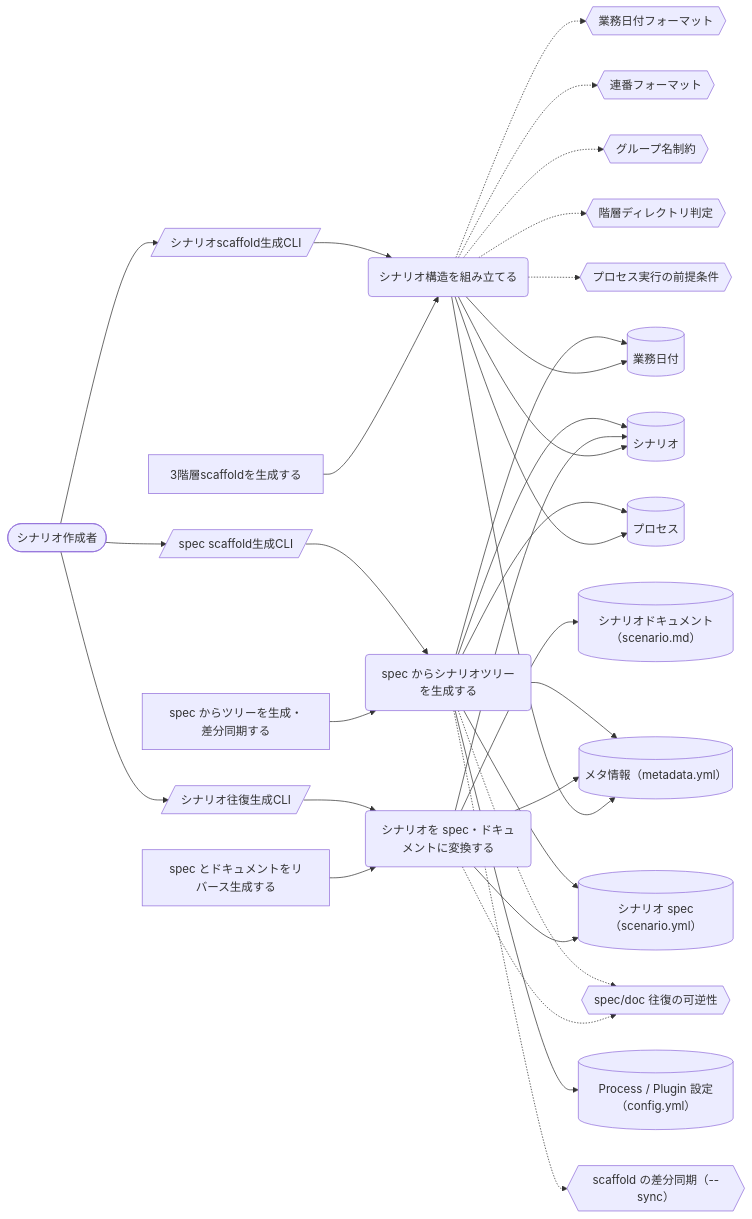
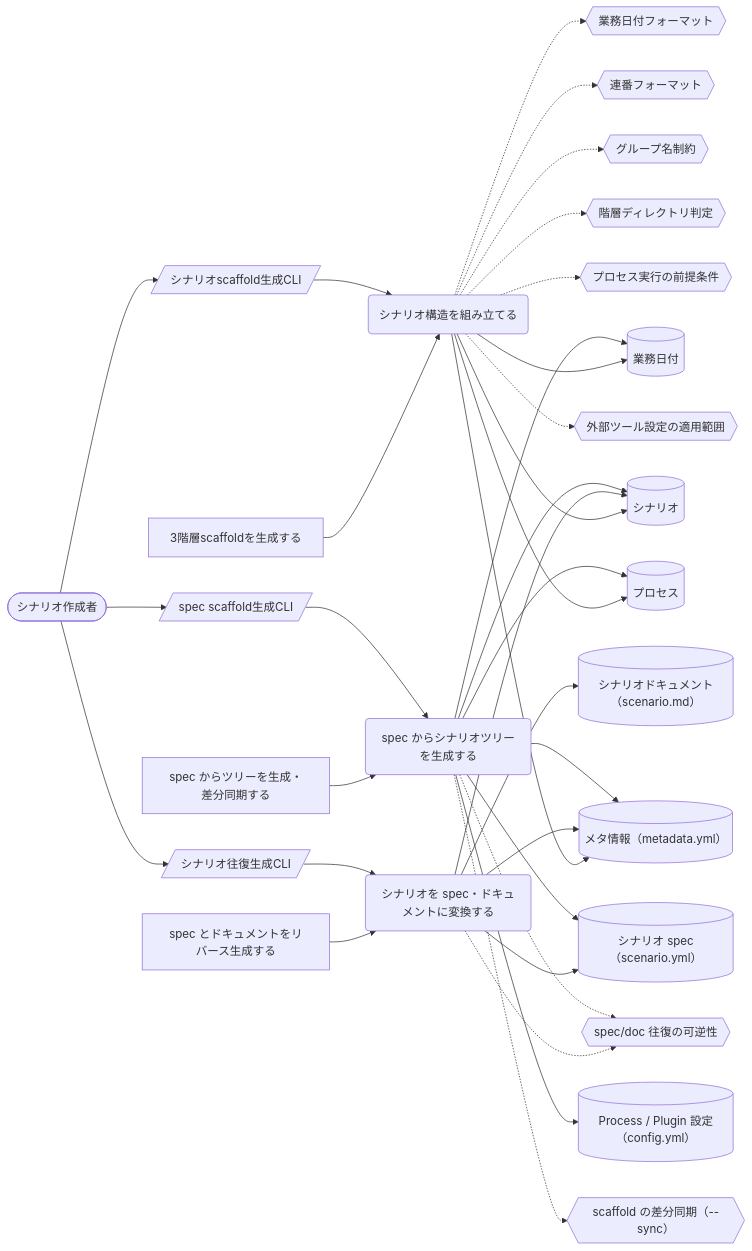
The third of 7 diagrams in docs/rdra/latest/views/04_UC複合図.md (scenario-test-framework/stfw), drawn with Mermaid before and after one commit. The commit also changed other lines of this file and 23 other files, not shown here.

````diff
--- a/docs/rdra/latest/views/04_UC複合図.md
+++ b/docs/rdra/latest/views/04_UC複合図.md
@@ -115,58 +115,60 @@
 ```mermaid
 graph LR
   UC1("シナリオ構造を組み立てる")
   AT1["3階層scaffoldを生成する"]
   IF1[("シナリオ")]
   IF2[("業務日付")]
   IF3[("プロセス")]
   IF4[("メタ情報（metadata.yml）")]
   CD1{{"業務日付フォーマット"}}
   CD2{{"連番フォーマット"}}
   CD3{{"グループ名制約"}}
   CD4{{"階層ディレクトリ判定"}}
   CD5{{"プロセス実行の前提条件"}}
   SC1[/"シナリオscaffold生成CLI"/]
   AC1(["シナリオ作成者"])
   UC2("シナリオを spec・ドキュメントに変換する")
   AT2["spec とドキュメントをリバース生成する"]
   IF5[("シナリオ spec（scenario.yml）")]
   IF6[("シナリオドキュメント（scenario.md）")]
   CD6{{"spec/doc 往復の可逆性"}}
   SC2[/"シナリオ往復生成CLI"/]
   UC3("spec からシナリオツリーを生成する")
   AT3["spec からツリーを生成・差分同期する"]
   IF7[("Process / Plugin 設定（config.yml）")]
   CD7{{"scaffold の差分同期（--sync）"}}
   SC3[/"spec scaffold生成CLI"/]
+  CD8{{"外部ツール設定の適用範囲"}}
   AT1 --> UC1
   UC1 --> IF1
   UC1 --> IF2
   UC1 --> IF3
   UC1 --> IF4
   UC1 -.-> CD1
   UC1 -.-> CD2
   UC1 -.-> CD3
   UC1 -.-> CD4
   UC1 -.-> CD5
   AC1 --> SC1
   SC1 --> UC1
   AT2 --> UC2
   UC2 --> IF5
   UC2 --> IF6
   UC2 --> IF4
   UC2 --> IF1
   UC2 -.-> CD6
   AC1 --> SC2
   SC2 --> UC2
   AT3 --> UC3
   UC3 --> IF5
   UC3 --> IF1
   UC3 --> IF2
   UC3 --> IF3
   UC3 --> IF4
   UC3 --> IF7
   UC3 -.-> CD7
   UC3 -.-> CD6
   AC1 --> SC3
   SC3 --> UC3
+  UC1 -.-> CD8
 ```
````
